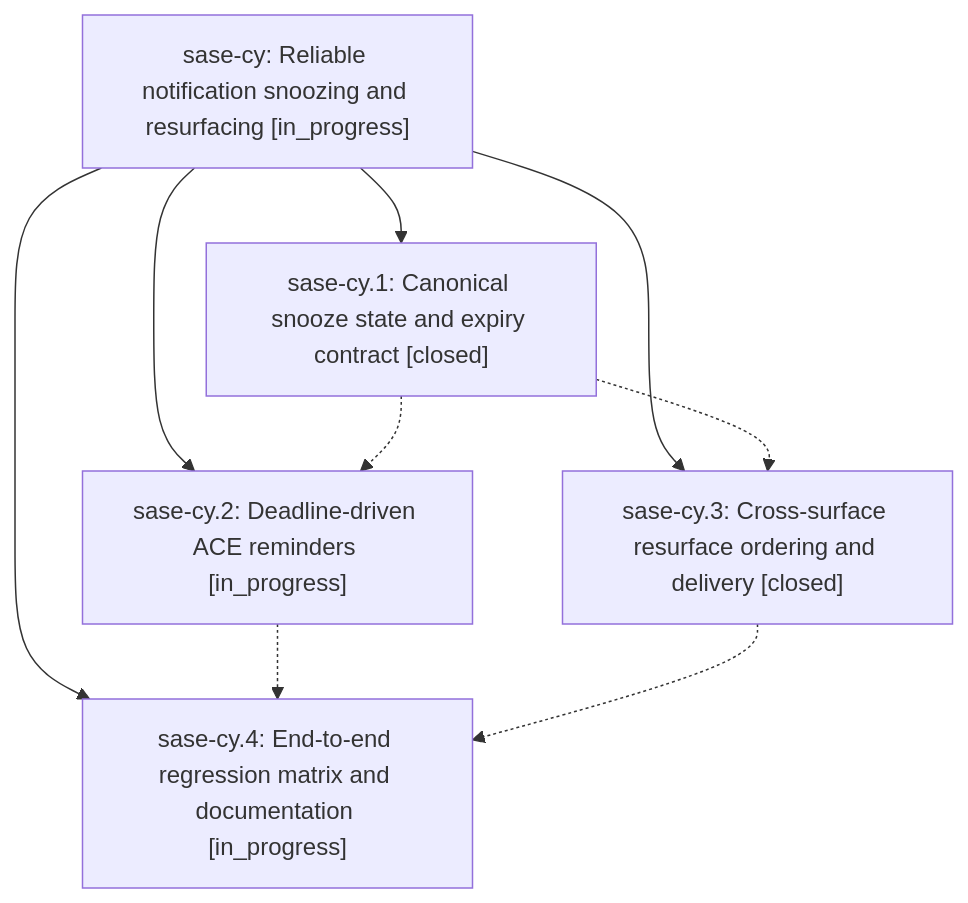
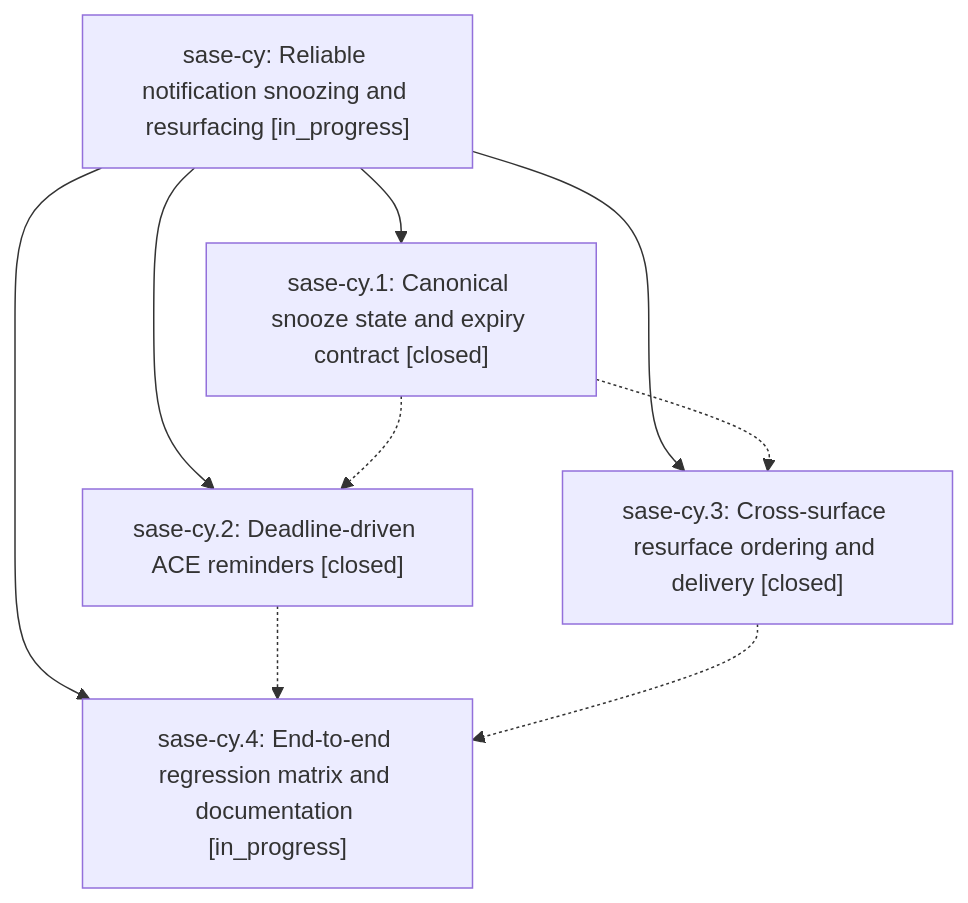
One commit to sase-org/sase--beads changed the diagram in pages/sase-cy/README.md. Above: the diagram before and after it, drawn with Mermaid. The commit also changed other lines of this file and 4 other files, not shown here.

````diff
--- a/pages/sase-cy/README.md
+++ b/pages/sase-cy/README.md
@@ -25,16 +25,16 @@
 ```mermaid
 flowchart TD
     n0["sase-cy: Reliable notification snoozing and resurfacing [in_progress]"]
     n1["sase-cy.1: Canonical snooze state and expiry contract [closed]"]
-    n2["sase-cy.2: Deadline-driven ACE reminders [in_progress]"]
+    n2["sase-cy.2: Deadline-driven ACE reminders [closed]"]
     n3["sase-cy.3: Cross-surface resurface ordering and delivery [closed]"]
     n4["sase-cy.4: End-to-end regression matrix and documentation [in_progress]"]
     n0 --> n1
     n0 --> n2
     n0 --> n3
     n0 --> n4
     n1 -.-> n2
     n1 -.-> n3
     n2 -.-> n4
     n3 -.-> n4
 ```
````
